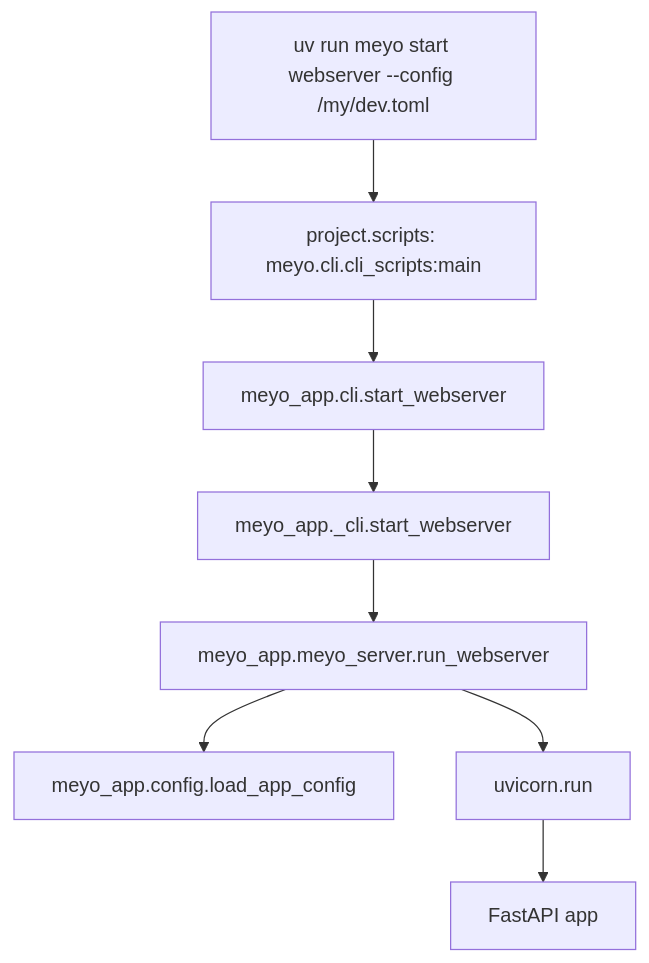
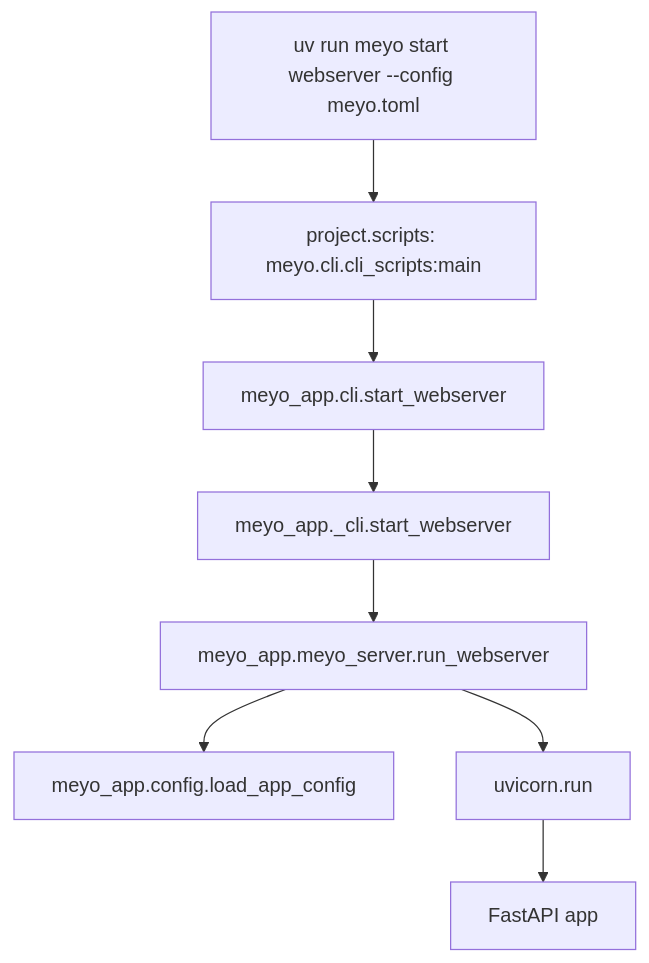
The second of 2 diagrams in docs/docs/application/base_project/from_zero_to_running.md (memoryDemo/ai-studio), drawn with Mermaid before and after one commit. The commit also changed other lines of this file and 200 other files, not shown here.

````diff
--- a/docs/docs/application/base_project/from_zero_to_running.md
+++ b/docs/docs/application/base_project/from_zero_to_running.md
@@ -264,15 +264,15 @@
 ```mermaid
 flowchart TD
-    Cmd["uv run meyo start webserver --config /my/dev.toml"]
+    Cmd["uv run meyo start webserver --config meyo.toml"]
     Script["project.scripts: meyo.cli.cli_scripts:main"]
     AppCli["meyo_app.cli.start_webserver"]
     InternalCli["meyo_app._cli.start_webserver"]
     Server["meyo_app.meyo_server.run_webserver"]
     Config["meyo_app.config.load_app_config"]
     Uvicorn["uvicorn.run"]
     FastAPI["FastAPI app"]
 
     Cmd --> Script --> AppCli --> InternalCli --> Server
     Server --> Config
     Server --> Uvicorn --> FastAPI
 ```
````
